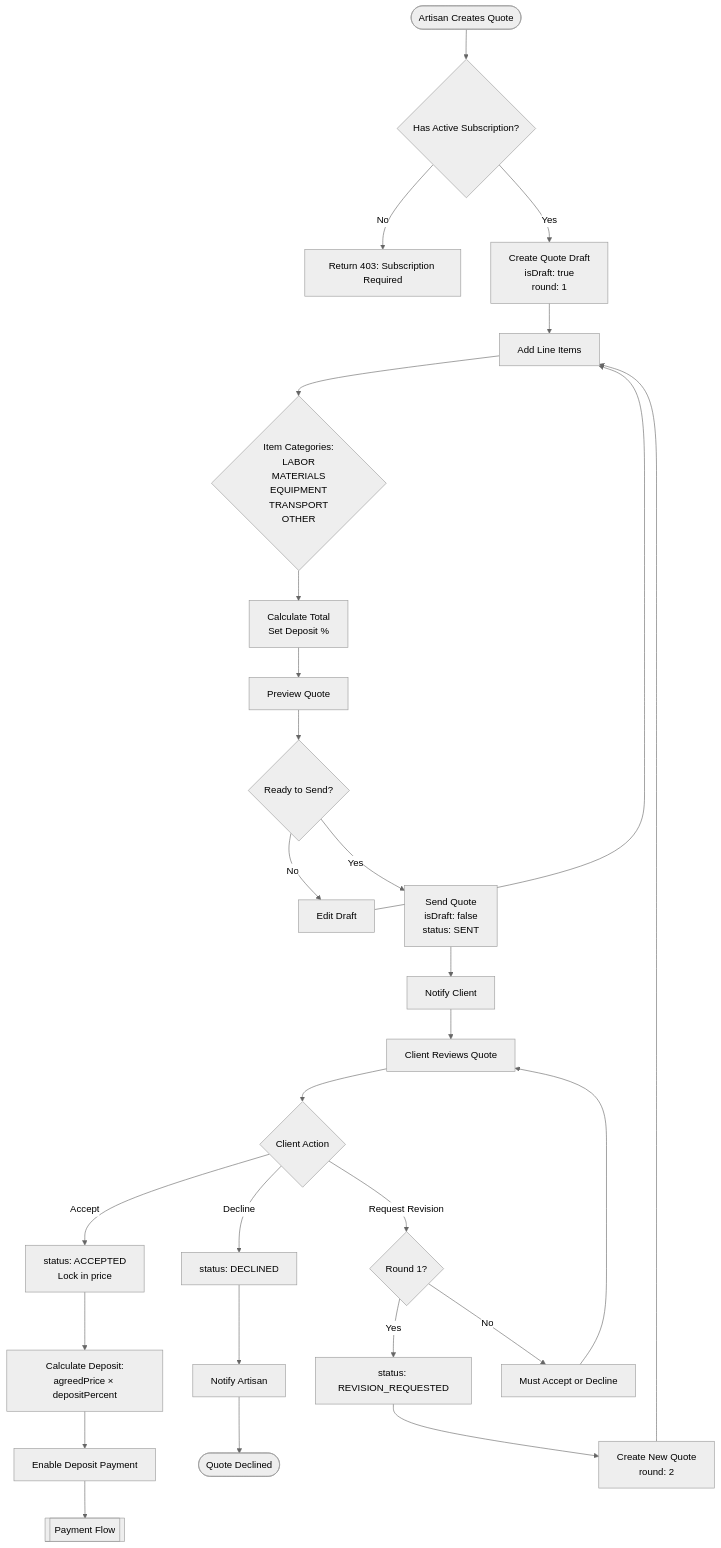
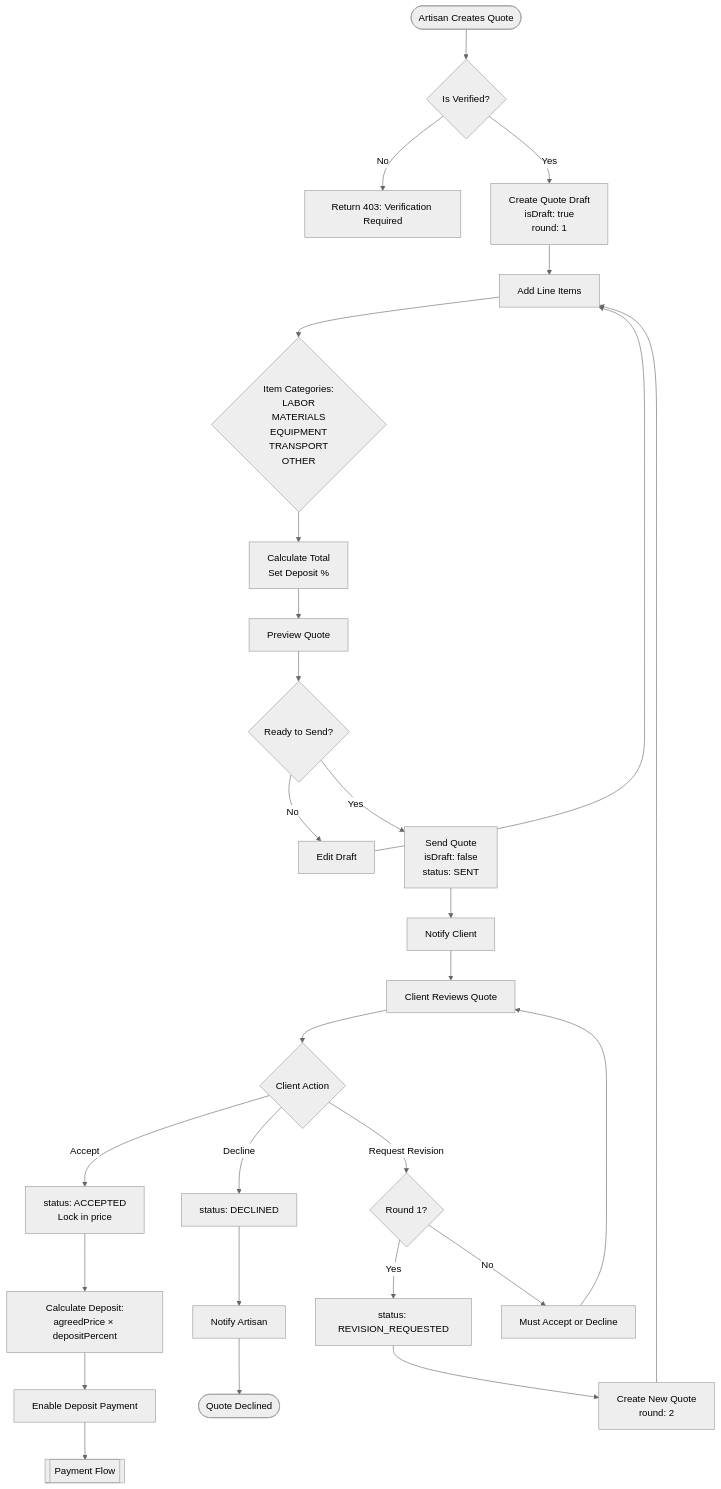
Before and after one commit to Mont3ll/ArtisanLink: the sixth of 15 diagrams in docs/FLOWCHARTS.md, drawn with Mermaid (neutral theme). The commit also changed other lines of this file and 18 other files, not shown here.

````diff
--- a/docs/FLOWCHARTS.md
+++ b/docs/FLOWCHARTS.md
@@ -198,40 +198,40 @@
 ```mermaid
 flowchart TD
-    Start([Artisan Creates Quote]) --> CheckSub{Has Active Subscription?}
-    CheckSub -->|No| SubError[Return 403: Subscription Required]
-    CheckSub -->|Yes| Draft["Create Quote Draft<br/>isDraft: true<br/>round: 1"]
+    Start([Artisan Creates Quote]) --> CheckVerified{Is Verified?}
+    CheckVerified -->|No| VerifyError[Return 403: Verification Required]
+    CheckVerified -->|Yes| Draft["Create Quote Draft<br/>isDraft: true<br/>round: 1"]
     
     Draft --> AddItems[Add Line Items]
     AddItems --> Categories{"Item Categories:<br/>LABOR<br/>MATERIALS<br/>EQUIPMENT<br/>TRANSPORT<br/>OTHER"}
     Categories --> Calculate["Calculate Total<br/>Set Deposit %"]
     
     Calculate --> Preview[Preview Quote]
     Preview --> Ready{Ready to Send?}
     Ready -->|No| EditDraft[Edit Draft]
     EditDraft --> AddItems
     
     Ready -->|Yes| SendQuote["Send Quote<br/>isDraft: false<br/>status: SENT"]
     SendQuote --> NotifyClient[Notify Client]
     
     NotifyClient --> ClientReview[Client Reviews Quote]
     ClientReview --> ClientAction{Client Action}
     
     ClientAction -->|Accept| Accept["status: ACCEPTED<br/>Lock in price"]
     ClientAction -->|Decline| ClientDecline["status: DECLINED"]
     ClientAction -->|Request Revision| CheckRound{Round 1?}
     
     CheckRound -->|Yes| RequestRevision["status: REVISION_REQUESTED"]
     CheckRound -->|No| MustDecide[Must Accept or Decline]
     MustDecide --> ClientReview
     
     RequestRevision --> ReviseQuote["Create New Quote<br/>round: 2"]
     ReviseQuote --> AddItems
     
     Accept --> CalculateDeposit["Calculate Deposit:<br/>agreedPrice × depositPercent"]
     CalculateDeposit --> EnablePayment[Enable Deposit Payment]
     
     ClientDecline --> NotifyArtisan[Notify Artisan]
     NotifyArtisan --> End([Quote Declined])
     
     EnablePayment --> PaymentFlow[[Payment Flow]]
 ```
````
